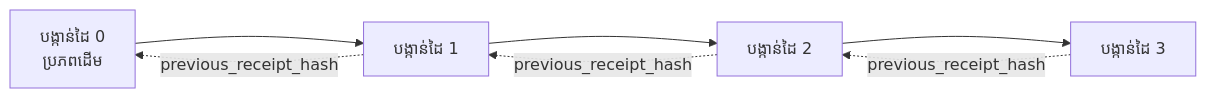
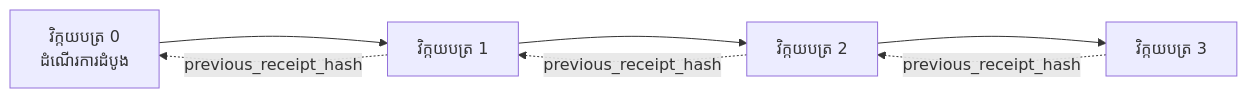
The second of 2 diagrams in translations/km/18-securing-ai-agents/README.md (microsoft/ai-agents-for-beginners), drawn with Mermaid before and after one commit. The commit also changed other lines of this file and 14 other files, not shown here.

````diff
--- a/translations/km/18-securing-ai-agents/README.md
+++ b/translations/km/18-securing-ai-agents/README.md
@@ -206,9 +203,9 @@
 ```mermaid
 flowchart LR
-    R0[បង្កាន់ដៃ 0<br/>ប្រភពដើម] --> R1[បង្កាន់ដៃ 1]
-    R1 --> R2[បង្កាន់ដៃ 2]
-    R2 --> R3[បង្កាន់ដៃ 3]
+    R0[វិក្កយបត្រ 0<br/>ដំណើរការដំបូង] --> R1[វិក្កយបត្រ 1]
+    R1 --> R2[វិក្កយបត្រ 2]
+    R2 --> R3[វិក្កយបត្រ 3]
     R1 -. previous_receipt_hash .-> R0
     R2 -. previous_receipt_hash .-> R1
     R3 -. previous_receipt_hash .-> R2
 ```
````
